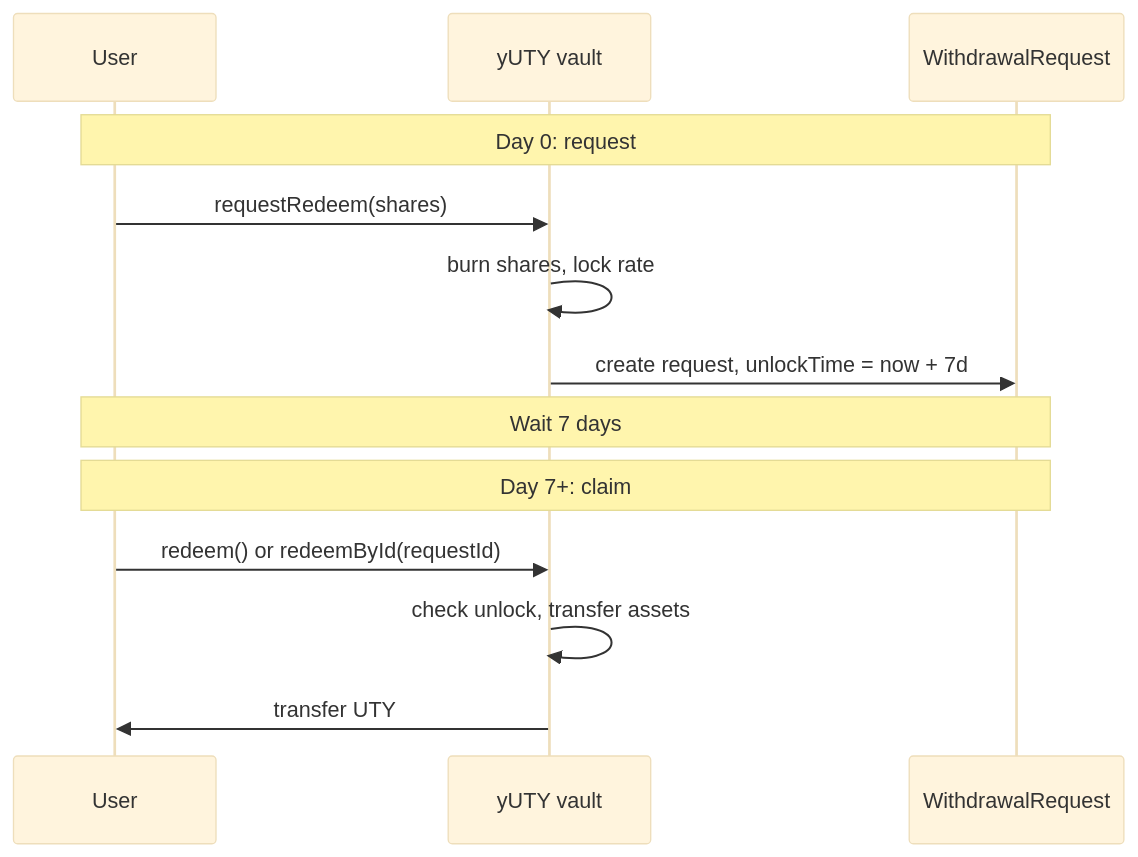
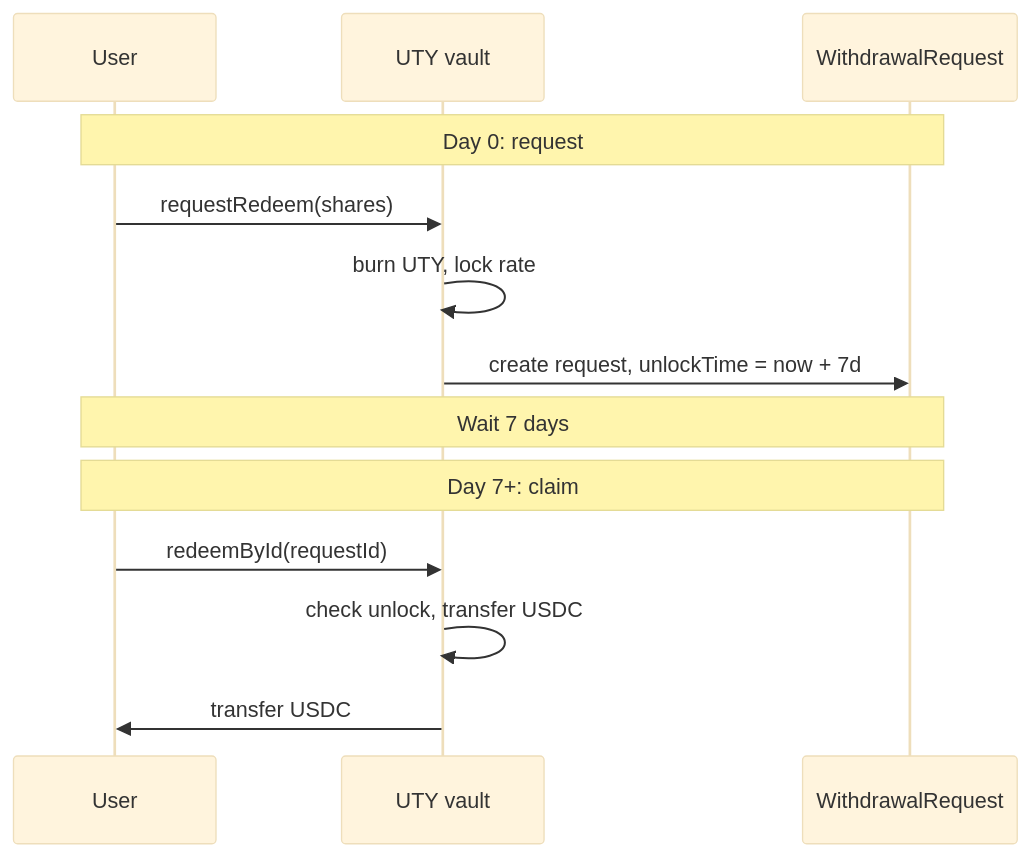
The third of 6 diagrams in protocol/architecture/flows.mdx (XSY-Labs/docs), drawn with Mermaid (base theme) before and after one commit. The commit also changed other lines of this file and 2 other files, not shown here.

First line of the commit message:
docs(protocol): update redemption flows to match current config

````diff
--- a/protocol/architecture/flows.mdx
+++ b/protocol/architecture/flows.mdx
@@ -98,18 +77,18 @@
 ```mermaid
 sequenceDiagram
   participant User
-  participant Vault as yUTY vault
+  participant Vault as UTY vault
   participant Req as WithdrawalRequest
 
   Note over User,Req: Day 0: request
   User->>Vault: requestRedeem(shares)
-  Vault->>Vault: burn shares, lock rate
+  Vault->>Vault: burn UTY, lock rate
   Vault->>Req: create request, unlockTime = now + 7d
 
   Note over User,Req: Wait 7 days
 
   Note over User,Req: Day 7+: claim
-  User->>Vault: redeem() or redeemById(requestId)
-  Vault->>Vault: check unlock, transfer assets
-  Vault->>User: transfer UTY
+  User->>Vault: redeemById(requestId)
+  Vault->>Vault: check unlock, transfer USDC
+  Vault->>User: transfer USDC
 ```
````
